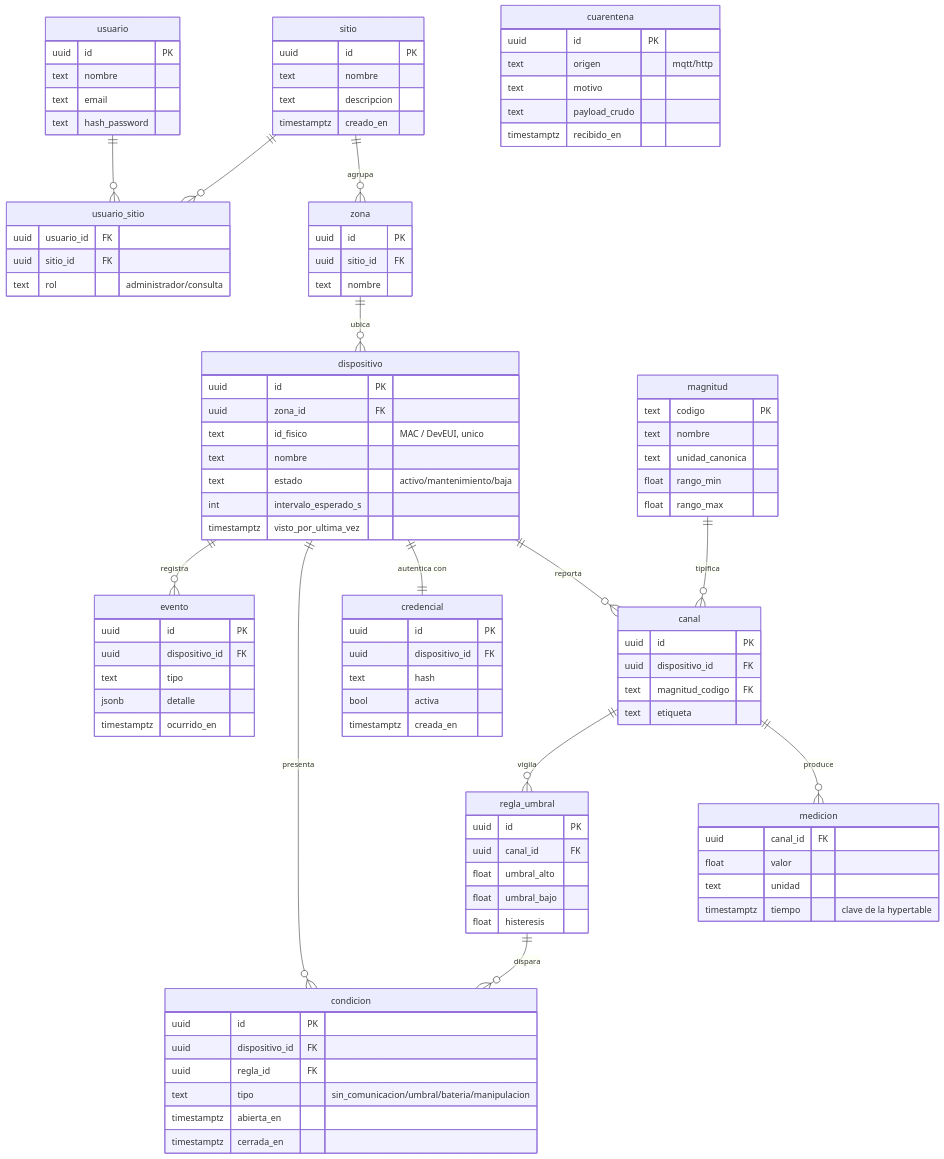
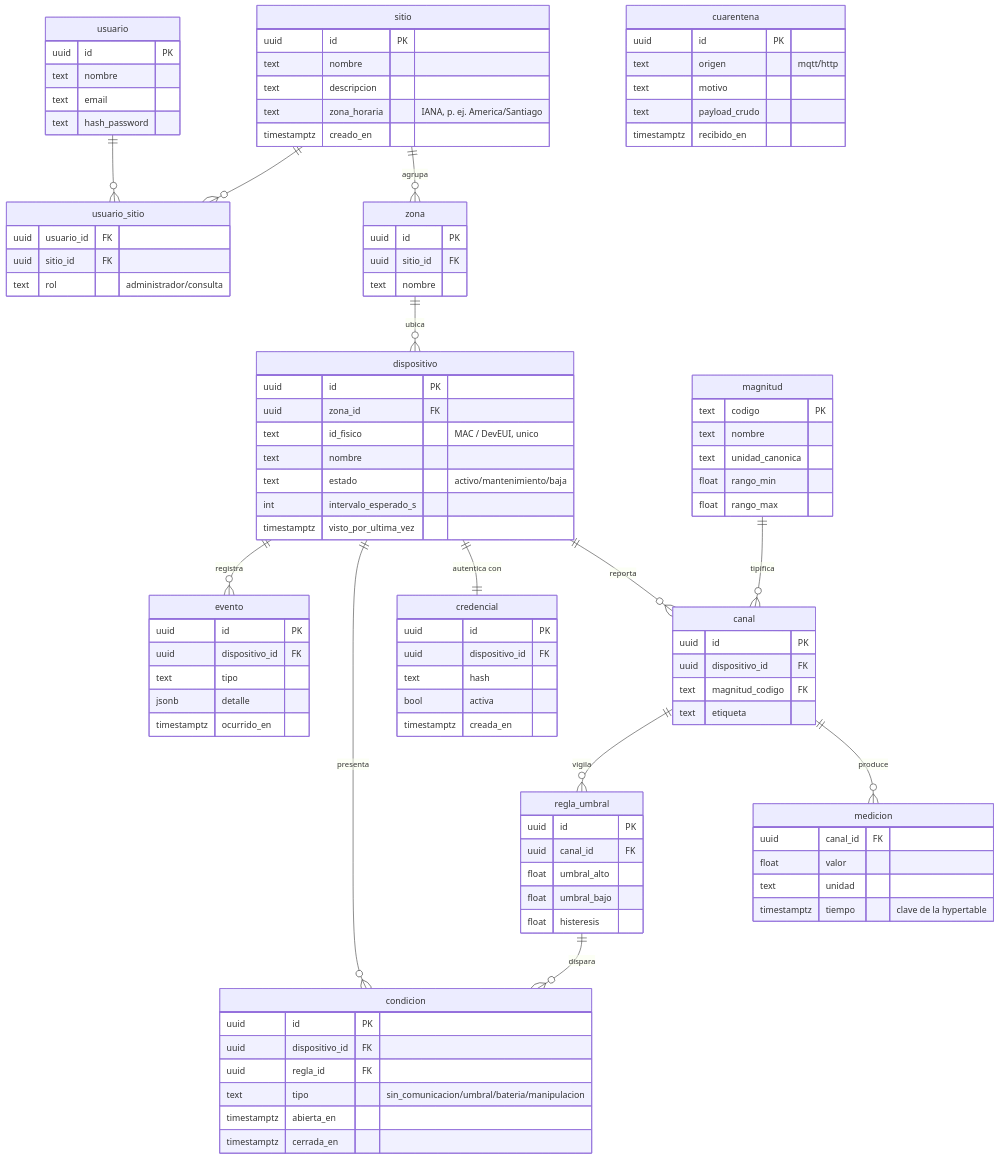
One commit to vicenterami/tesis changed the diagram in docs/08-modelo-datos.md. Above: the diagram before and after it, drawn with Mermaid. The commit also changed other lines of this file and 3 other files, not shown here.

First line of the commit message:
Fija las reglas de tiempo y zonas horarias y agrega la zona horaria por sitio

```diff
--- a/docs/08-modelo-datos.md
+++ b/docs/08-modelo-datos.md
@@ -58,6 +58,7 @@
         uuid id PK
         text nombre
         text descripcion
+        text zona_horaria "IANA, p. ej. America/Santiago"
         timestamptz creado_en
     }
     zona {
```
